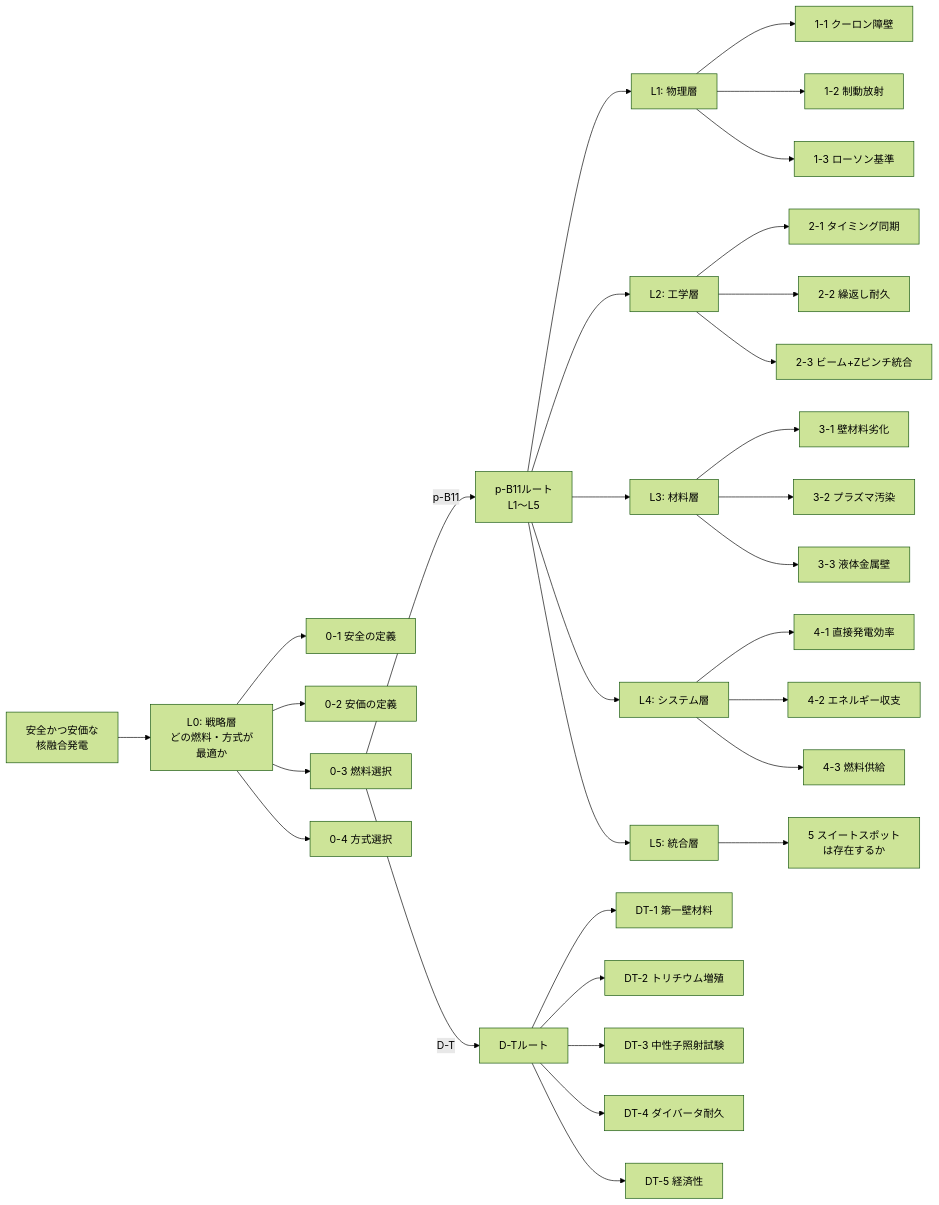
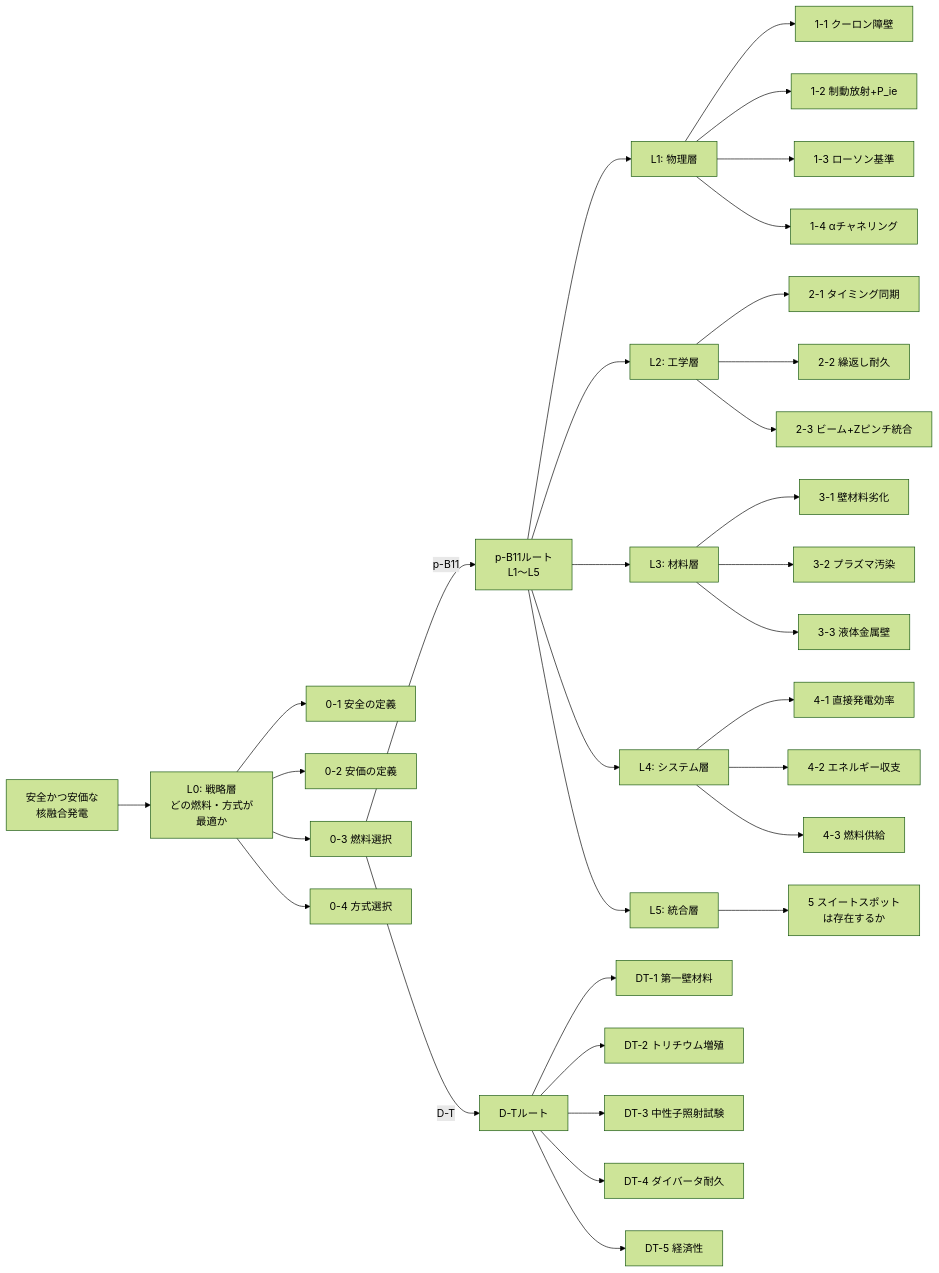
One commit to GoodRelax/pb11-fusion changed the first of 4 diagrams in yomons/overview.md. Above: the diagram before and after it, drawn with Mermaid (forest theme). The commit also changed other lines of this file and 1 other file, not shown here.

````diff
--- a/yomons/overview.md
+++ b/yomons/overview.md
@@ -13,44 +13,45 @@
 ```mermaid
 flowchart LR
     ROOT["安全かつ安価な\n核融合発電"]
 
     ROOT --> L0["L0: 戦略層\nどの燃料・方式が\n最適か"]
 
     L0 --> L0A["0-1 安全の定義"]
     L0 --> L0B["0-2 安価の定義"]
     L0 --> L0C["0-3 燃料選択"]
     L0 --> L0D["0-4 方式選択"]
 
     L0C -->|"p-B11"| PB["p-B11ルート\nL1〜L5"]
     L0C -->|"D-T"| DT["D-Tルート"]
 
     PB --> L1["L1: 物理層"]
     PB --> L2["L2: 工学層"]
     PB --> L3["L3: 材料層"]
     PB --> L4["L4: システム層"]
     PB --> L5["L5: 統合層"]
 
     L1 --> L1A["1-1 クーロン障壁"]
-    L1 --> L1B["1-2 制動放射"]
+    L1 --> L1B["1-2 制動放射+P_ie"]
     L1 --> L1C["1-3 ローソン基準"]
+    L1 --> L1D["1-4 αチャネリング"]
 
     L2 --> L2A["2-1 タイミング同期"]
     L2 --> L2B["2-2 繰返し耐久"]
     L2 --> L2C["2-3 ビーム+Zピンチ統合"]
 
     L3 --> L3A["3-1 壁材料劣化"]
     L3 --> L3B["3-2 プラズマ汚染"]
     L3 --> L3C["3-3 液体金属壁"]
 
     L4 --> L4A["4-1 直接発電効率"]
     L4 --> L4B["4-2 エネルギー収支"]
     L4 --> L4C["4-3 燃料供給"]
 
     L5 --> L5A["5 スイートスポット\nは存在するか"]
 
     DT --> DT1["DT-1 第一壁材料"]
     DT --> DT2["DT-2 トリチウム増殖"]
     DT --> DT3["DT-3 中性子照射試験"]
     DT --> DT4["DT-4 ダイバータ耐久"]
     DT --> DT5["DT-5 経済性"]
 ```
````
